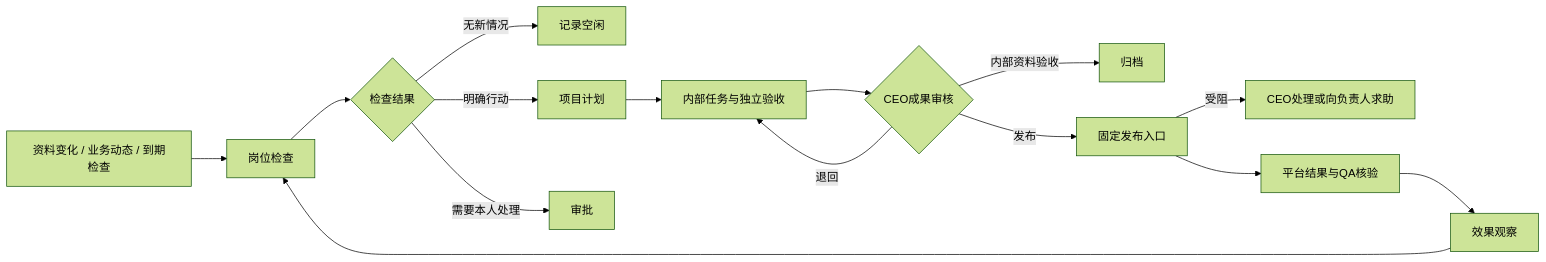
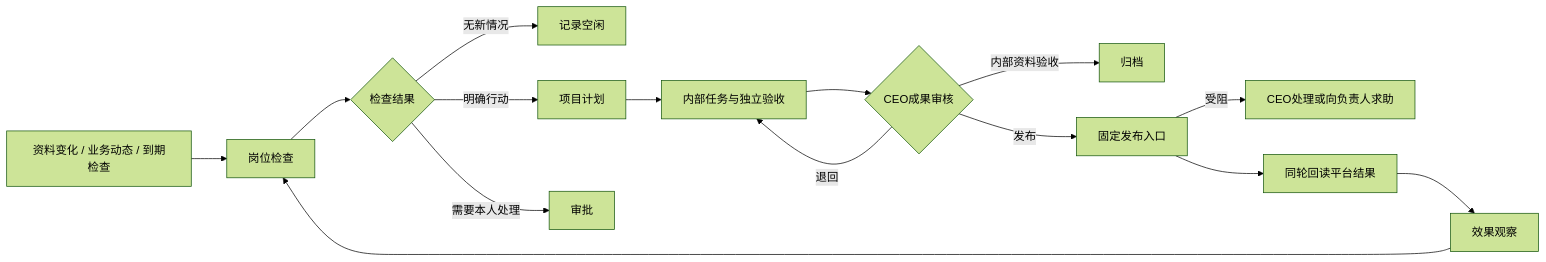
One commit to fusae/agent-autoloop changed the second of 3 diagrams in docs/company.md. Above: the diagram before and after it, drawn with Mermaid (forest theme). The commit also changed other lines of this file and 29 other files, not shown here.

````diff
--- a/docs/company.md
+++ b/docs/company.md
@@ -136,17 +136,17 @@
 ```mermaid
 flowchart LR
   A[资料变化 / 业务动态 / 到期检查] --> B[岗位检查]
   B --> C{检查结果}
   C -->|无新情况| D[记录空闲]
   C -->|明确行动| E[项目计划]
   C -->|需要本人处理| F[审批]
   E --> G[内部任务与独立验收]
   G --> R{CEO成果审核}
   R -->|退回| G
   R -->|内部资料验收| C1[归档]
   R -->|发布| P[固定发布入口]
   P -->|受阻| CEO1[CEO处理或向负责人求助]
-  P --> Q[平台结果与QA核验]
+  P --> Q[同轮回读平台结果]
   Q --> H[效果观察]
   H --> B
 ```
````
